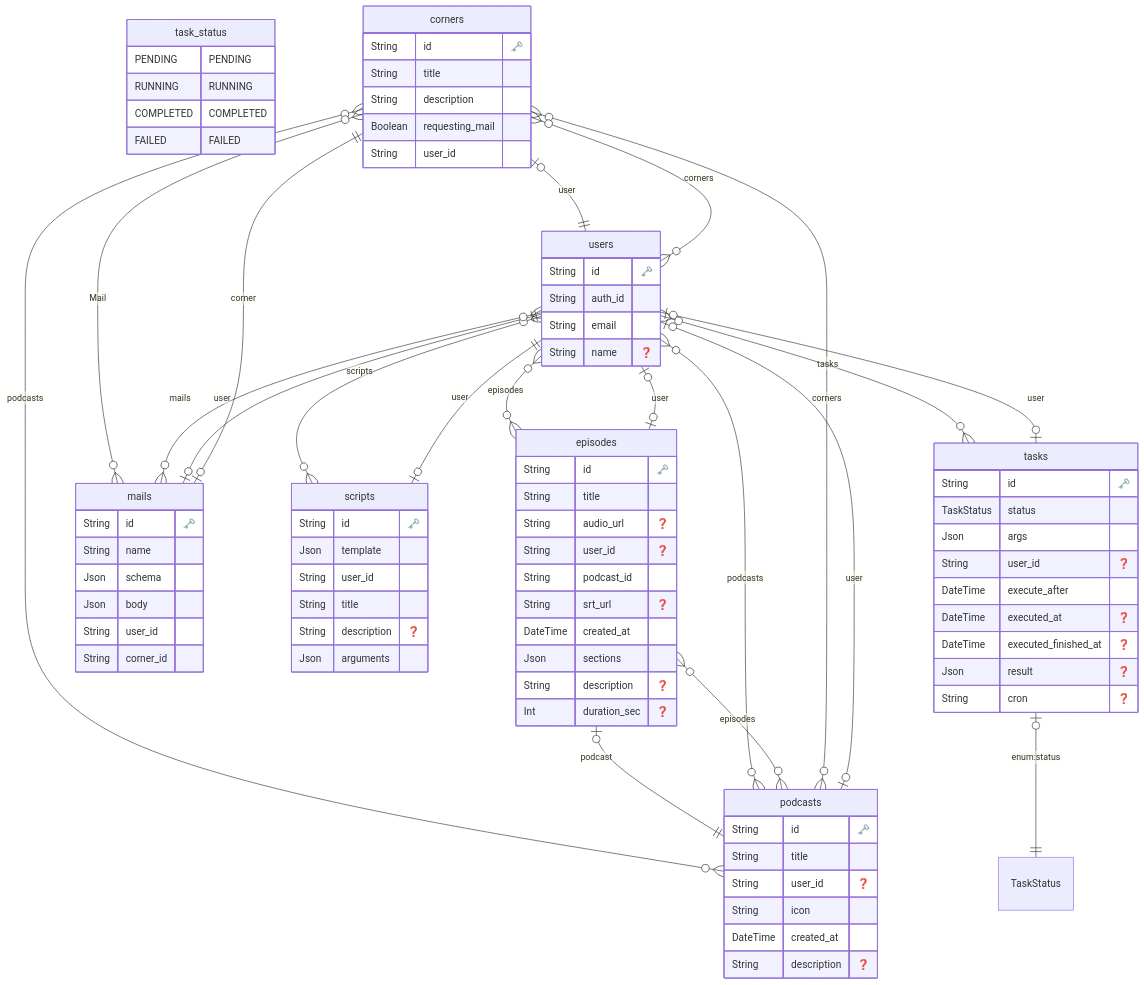
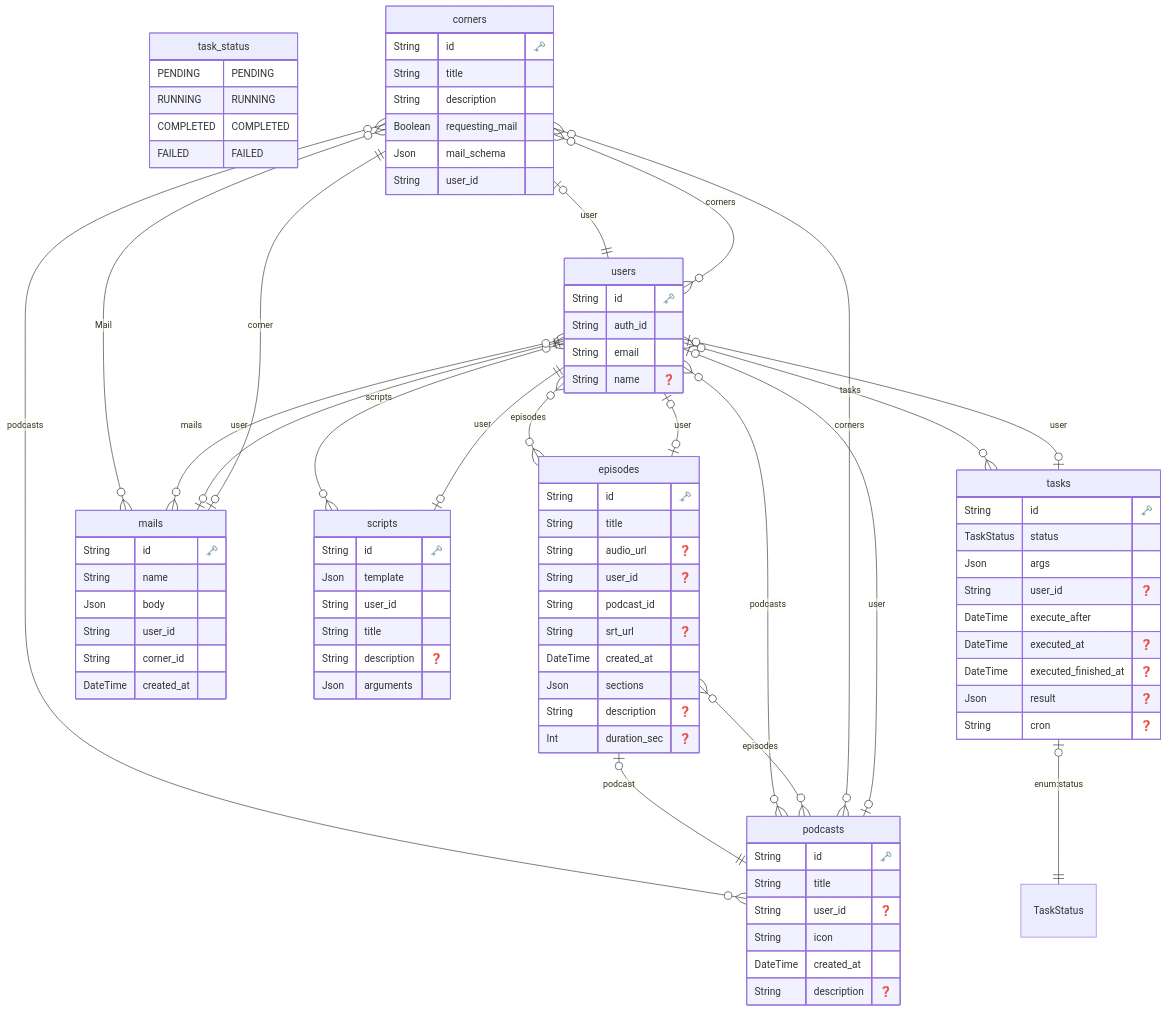
Before and after one commit to wakame-tech/botcast: the diagram in api/prisma/schema/ERD.md, drawn with Mermaid. The commit also changed 6 other files, not shown here.

```diff
--- a/api/prisma/schema/ERD.md
+++ b/api/prisma/schema/ERD.md
@@ -13,6 +13,7 @@
     String title 
     String description 
     Boolean requesting_mail 
+    Json mail_schema 
     String user_id 
     }
   
@@ -34,10 +35,10 @@
   "mails" {
     String id "🗝️"
     String name 
-    Json schema 
     Json body 
     String user_id 
     String corner_id 
+    DateTime created_at 
     }
   
 
```
